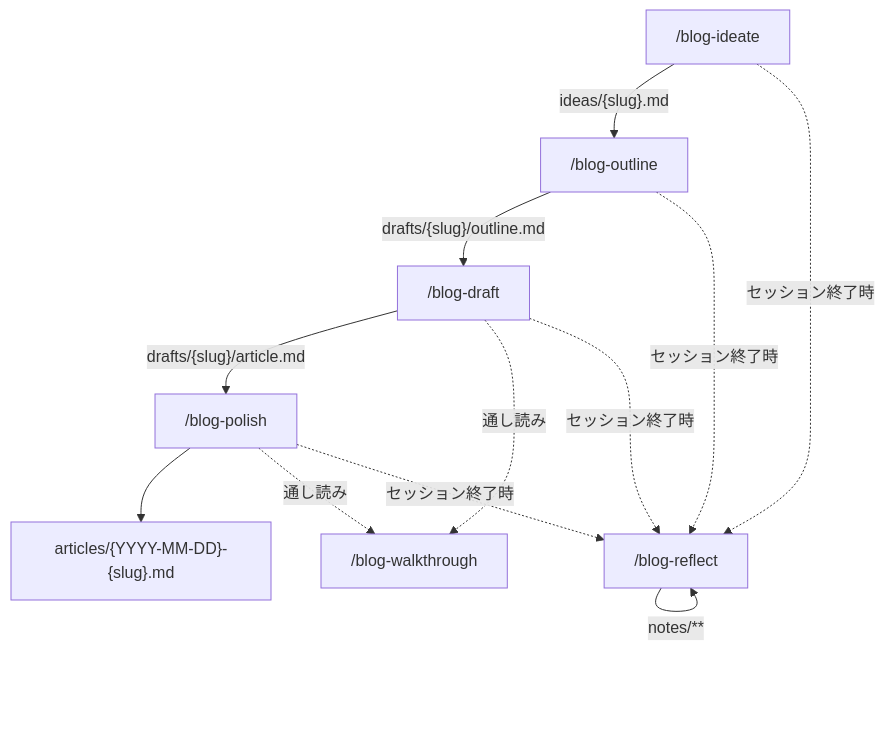
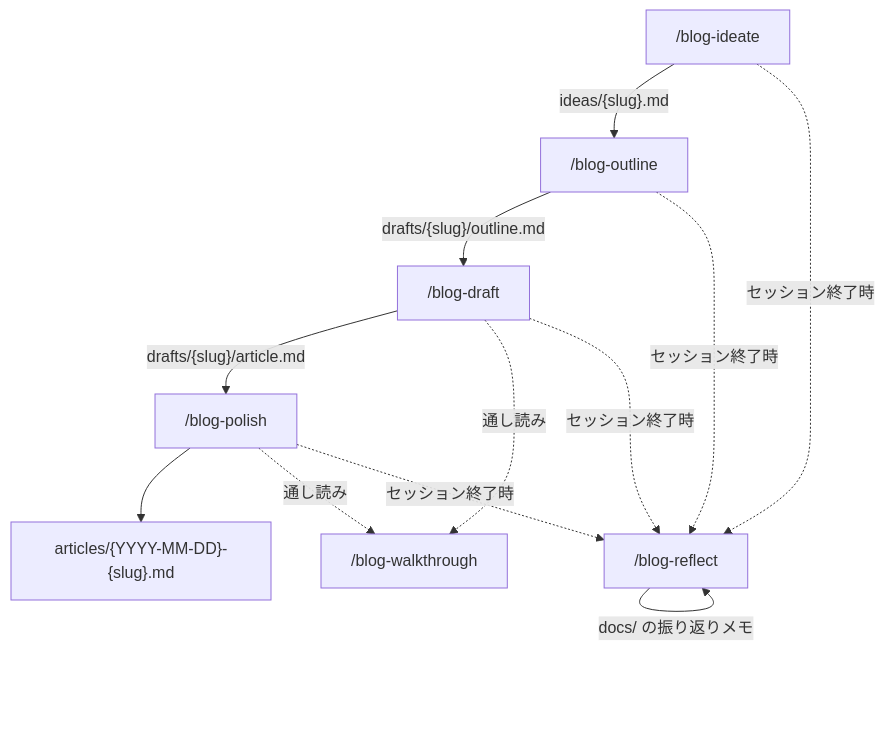
One commit to ysrkw/blogs changed the first of 2 diagrams in docs/workflow.md. Above: the diagram before and after it, drawn with Mermaid. The commit also changed other lines of this file and 52 other files, not shown here.

````diff
--- a/docs/workflow.md
+++ b/docs/workflow.md
@@ -9,10 +9,10 @@
 ```mermaid
 flowchart TD
     A["/blog-ideate"] -->|"ideas/{slug}.md"| B["/blog-outline"]
     B -->|"drafts/{slug}/outline.md"| C["/blog-draft"]
     C -->|"drafts/{slug}/article.md"| D["/blog-polish"]
     D --> E["articles/{YYYY-MM-DD}-{slug}.md"]
     C & D -.->|"通し読み"| W["/blog-walkthrough"]
     A & B & C & D -.->|"セッション終了時"| R["/blog-reflect"]
-    R -->|"notes/**"| R
+    R -->|"docs/ の振り返りメモ"| R
 ```
````
